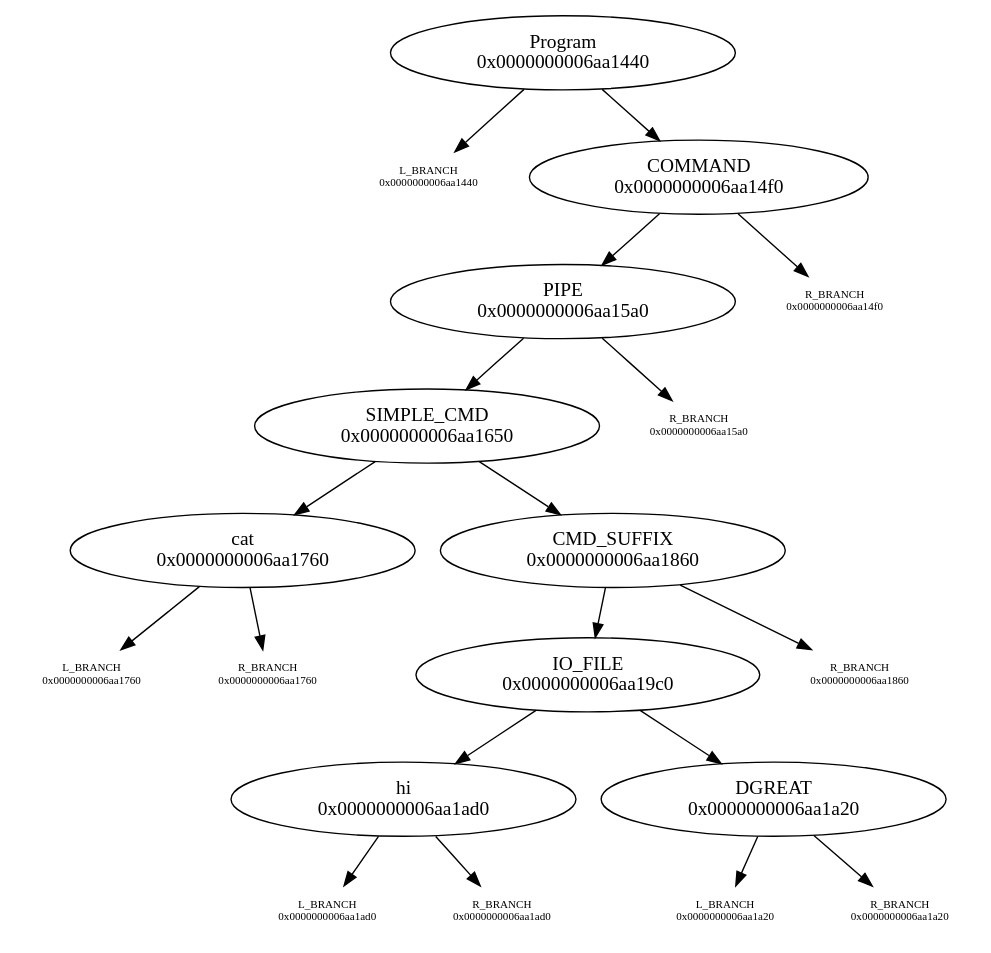
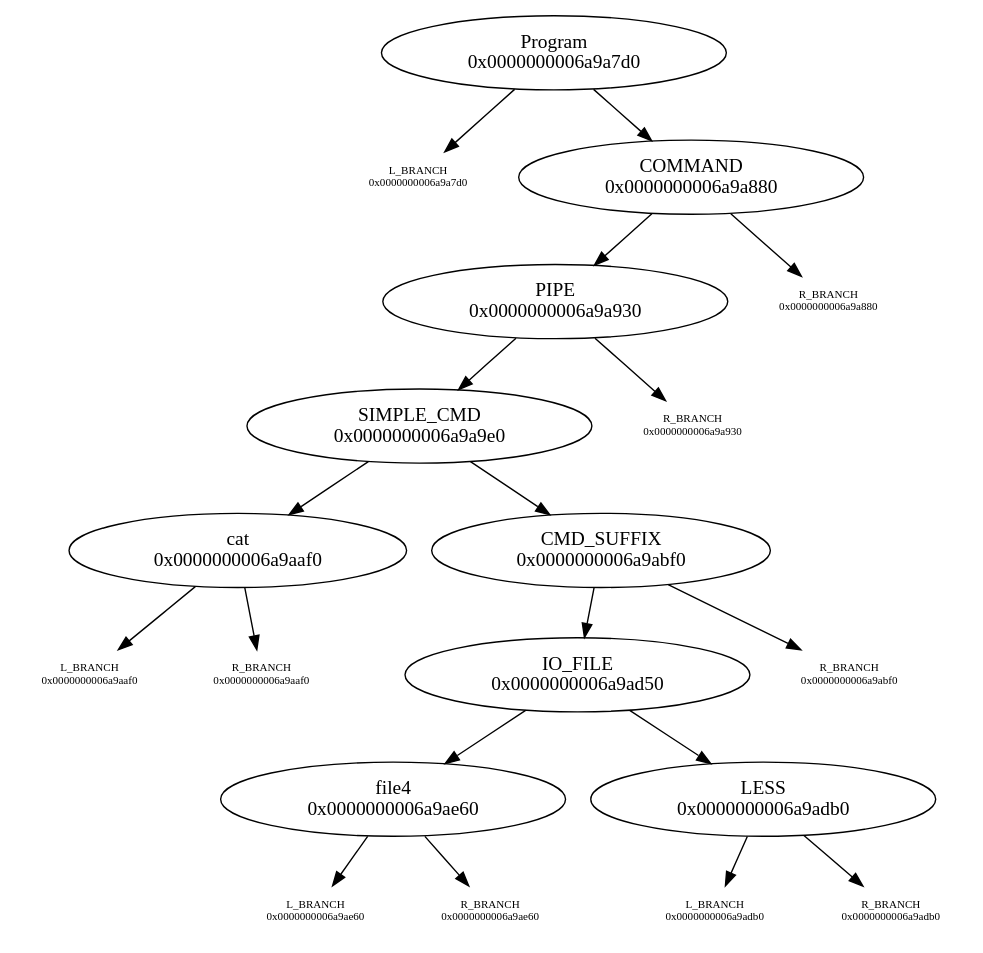
The diagram in graph.dot (N-4-Nina/Minishell), drawn with Graphviz before and after one commit. The commit also changed 84 other files, not shown here.

```diff
--- a/graph.dot
+++ b/graph.dot
@@ -1,31 +1,31 @@
 digraph graphname {
-"Program\n0x0000000006aa1440" -> "L_BRANCH\n0x0000000006aa1440";
-"L_BRANCH\n0x0000000006aa1440" [shape=none fontsize=8]
-"Program\n0x0000000006aa1440" -> "COMMAND\n0x0000000006aa14f0";
-"COMMAND\n0x0000000006aa14f0" -> "PIPE\n0x0000000006aa15a0";
-"COMMAND\n0x0000000006aa14f0" -> "R_BRANCH\n0x0000000006aa14f0";
-"R_BRANCH\n0x0000000006aa14f0" [shape=none fontsize=8]
-"PIPE\n0x0000000006aa15a0" -> "SIMPLE_CMD\n0x0000000006aa1650";
-"PIPE\n0x0000000006aa15a0" -> "R_BRANCH\n0x0000000006aa15a0";
-"R_BRANCH\n0x0000000006aa15a0" [shape=none fontsize=8]
-"SIMPLE_CMD\n0x0000000006aa1650" -> "cat\n0x0000000006aa1760";
-"SIMPLE_CMD\n0x0000000006aa1650" -> "CMD_SUFFIX\n0x0000000006aa1860";
-"cat\n0x0000000006aa1760" -> "L_BRANCH\n0x0000000006aa1760";
-"L_BRANCH\n0x0000000006aa1760" [shape=none fontsize=8]
-"cat\n0x0000000006aa1760" -> "R_BRANCH\n0x0000000006aa1760";
-"R_BRANCH\n0x0000000006aa1760" [shape=none fontsize=8]
-"CMD_SUFFIX\n0x0000000006aa1860" -> "IO_FILE\n0x0000000006aa19c0";
-"CMD_SUFFIX\n0x0000000006aa1860" -> "R_BRANCH\n0x0000000006aa1860";
-"R_BRANCH\n0x0000000006aa1860" [shape=none fontsize=8]
-"IO_FILE\n0x0000000006aa19c0" -> "hi\n0x0000000006aa1ad0";
-"IO_FILE\n0x0000000006aa19c0" -> "DGREAT\n0x0000000006aa1a20";
-"hi\n0x0000000006aa1ad0" -> "L_BRANCH\n0x0000000006aa1ad0";
-"L_BRANCH\n0x0000000006aa1ad0" [shape=none fontsize=8]
-"hi\n0x0000000006aa1ad0" -> "R_BRANCH\n0x0000000006aa1ad0";
-"R_BRANCH\n0x0000000006aa1ad0" [shape=none fontsize=8]
-"DGREAT\n0x0000000006aa1a20" -> "L_BRANCH\n0x0000000006aa1a20";
-"L_BRANCH\n0x0000000006aa1a20" [shape=none fontsize=8]
-"DGREAT\n0x0000000006aa1a20" -> "R_BRANCH\n0x0000000006aa1a20";
-"R_BRANCH\n0x0000000006aa1a20" [shape=none fontsize=8]
+"Program\n0x0000000006a9a7d0" -> "L_BRANCH\n0x0000000006a9a7d0";
+"L_BRANCH\n0x0000000006a9a7d0" [shape=none fontsize=8]
+"Program\n0x0000000006a9a7d0" -> "COMMAND\n0x0000000006a9a880";
+"COMMAND\n0x0000000006a9a880" -> "PIPE\n0x0000000006a9a930";
+"COMMAND\n0x0000000006a9a880" -> "R_BRANCH\n0x0000000006a9a880";
+"R_BRANCH\n0x0000000006a9a880" [shape=none fontsize=8]
+"PIPE\n0x0000000006a9a930" -> "SIMPLE_CMD\n0x0000000006a9a9e0";
+"PIPE\n0x0000000006a9a930" -> "R_BRANCH\n0x0000000006a9a930";
+"R_BRANCH\n0x0000000006a9a930" [shape=none fontsize=8]
+"SIMPLE_CMD\n0x0000000006a9a9e0" -> "cat\n0x0000000006a9aaf0";
+"SIMPLE_CMD\n0x0000000006a9a9e0" -> "CMD_SUFFIX\n0x0000000006a9abf0";
+"cat\n0x0000000006a9aaf0" -> "L_BRANCH\n0x0000000006a9aaf0";
+"L_BRANCH\n0x0000000006a9aaf0" [shape=none fontsize=8]
+"cat\n0x0000000006a9aaf0" -> "R_BRANCH\n0x0000000006a9aaf0";
+"R_BRANCH\n0x0000000006a9aaf0" [shape=none fontsize=8]
+"CMD_SUFFIX\n0x0000000006a9abf0" -> "IO_FILE\n0x0000000006a9ad50";
+"CMD_SUFFIX\n0x0000000006a9abf0" -> "R_BRANCH\n0x0000000006a9abf0";
+"R_BRANCH\n0x0000000006a9abf0" [shape=none fontsize=8]
+"IO_FILE\n0x0000000006a9ad50" -> "file4\n0x0000000006a9ae60";
+"IO_FILE\n0x0000000006a9ad50" -> "LESS\n0x0000000006a9adb0";
+"file4\n0x0000000006a9ae60" -> "L_BRANCH\n0x0000000006a9ae60";
+"L_BRANCH\n0x0000000006a9ae60" [shape=none fontsize=8]
+"file4\n0x0000000006a9ae60" -> "R_BRANCH\n0x0000000006a9ae60";
+"R_BRANCH\n0x0000000006a9ae60" [shape=none fontsize=8]
+"LESS\n0x0000000006a9adb0" -> "L_BRANCH\n0x0000000006a9adb0";
+"L_BRANCH\n0x0000000006a9adb0" [shape=none fontsize=8]
+"LESS\n0x0000000006a9adb0" -> "R_BRANCH\n0x0000000006a9adb0";
+"R_BRANCH\n0x0000000006a9adb0" [shape=none fontsize=8]
 
 }
```
